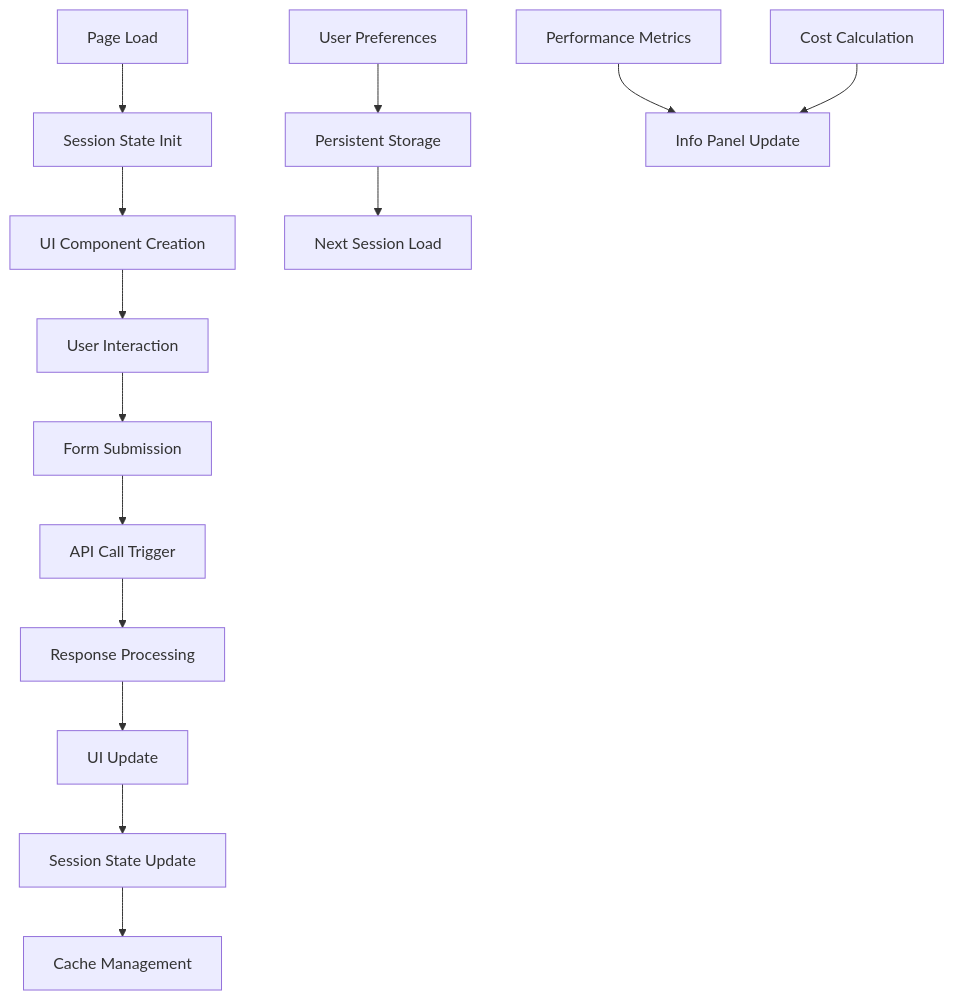
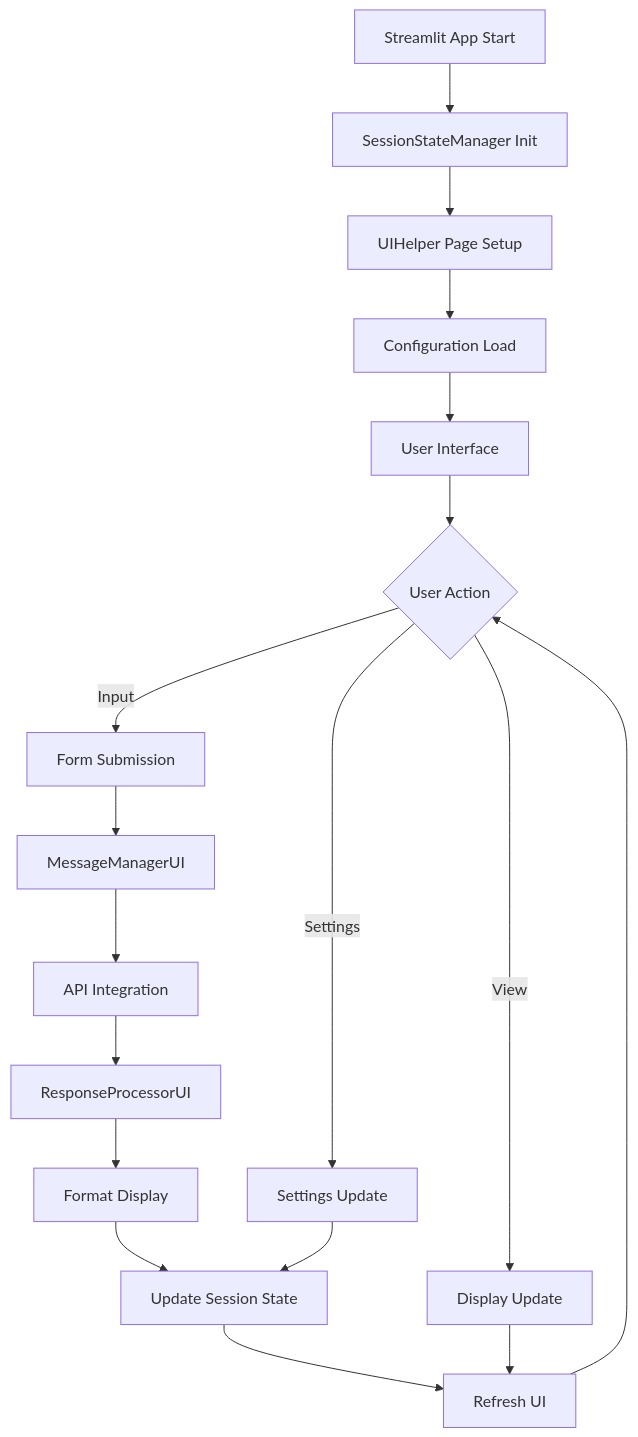
Before and after one commit to nakashima2toshio/anthropic_api_jp: the fourth of 10 diagrams in doc/helper_st.md, drawn with Mermaid. The commit also changed other lines of this file and 12 other files, not shown here.

````diff
--- a/doc/helper_st.md
+++ b/doc/helper_st.md
@@ -143,18 +148,25 @@
 ```mermaid
 graph TD
-    A["Page Load"] --> B["Session State Init"]
-    B --> C["UI Component Creation"]
-    C --> D["User Interaction"]
-    D --> E["Form Submission"]
-    E --> F["API Call Trigger"]
-    F --> G["Response Processing"]
-    G --> H["UI Update"]
-    H --> I["Session State Update"]
-    I --> J["Cache Management"]
+    A["Streamlit App Start"] --> B["SessionStateManager Init"]
+    B --> C["UIHelper Page Setup"]
+    C --> D["Configuration Load"]
     
-    K["User Preferences"] --> L["Persistent Storage"]
-    L --> M["Next Session Load"]
+    D --> E["User Interface"]
+    E --> F{User Action}
     
-    N["Performance Metrics"] --> O["Info Panel Update"]
-    P["Cost Calculation"] --> O
+    F -->|Input| G["Form Submission"]
+    F -->|Settings| H["Settings Update"]
+    F -->|View| I["Display Update"]
+    
+    G --> J["MessageManagerUI"]
+    J --> K["API Integration"]
+    K --> L["ResponseProcessorUI"]
+    
+    L --> M["Format Display"]
+    M --> N["Update Session State"]
+    N --> O["Refresh UI"]
+    
+    H --> N
+    I --> O
+    O --> F
 ```
````
